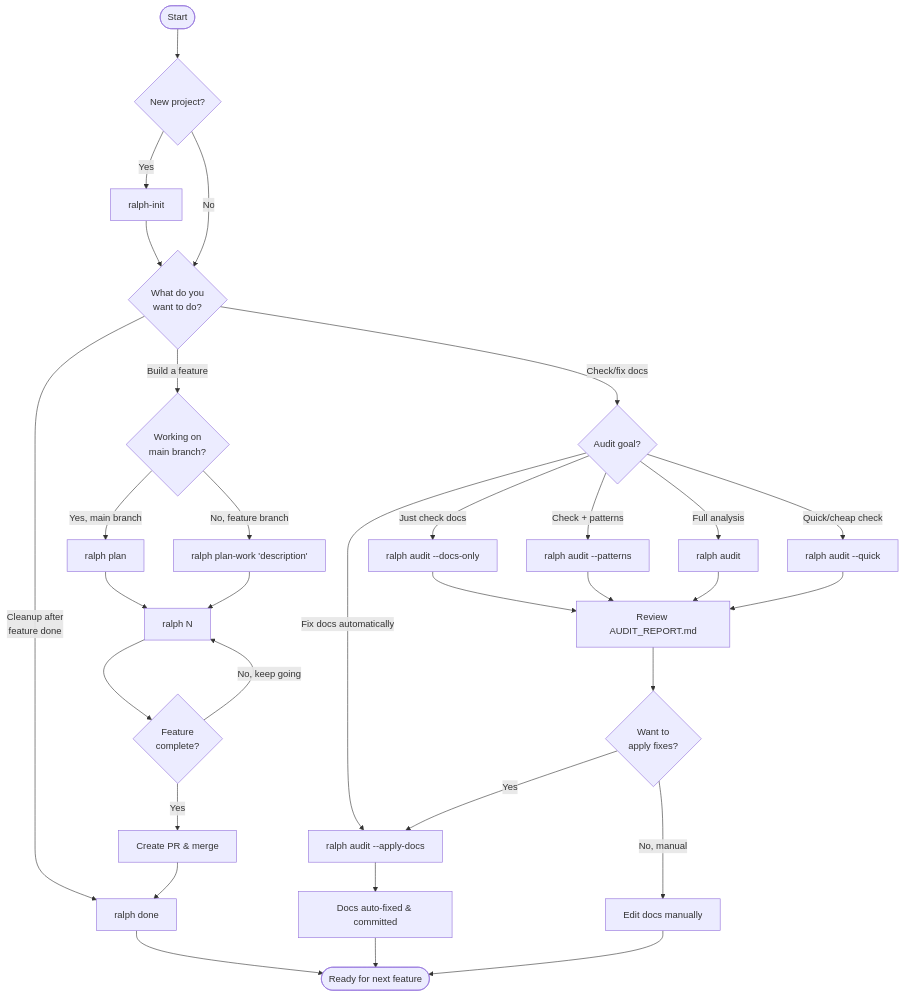
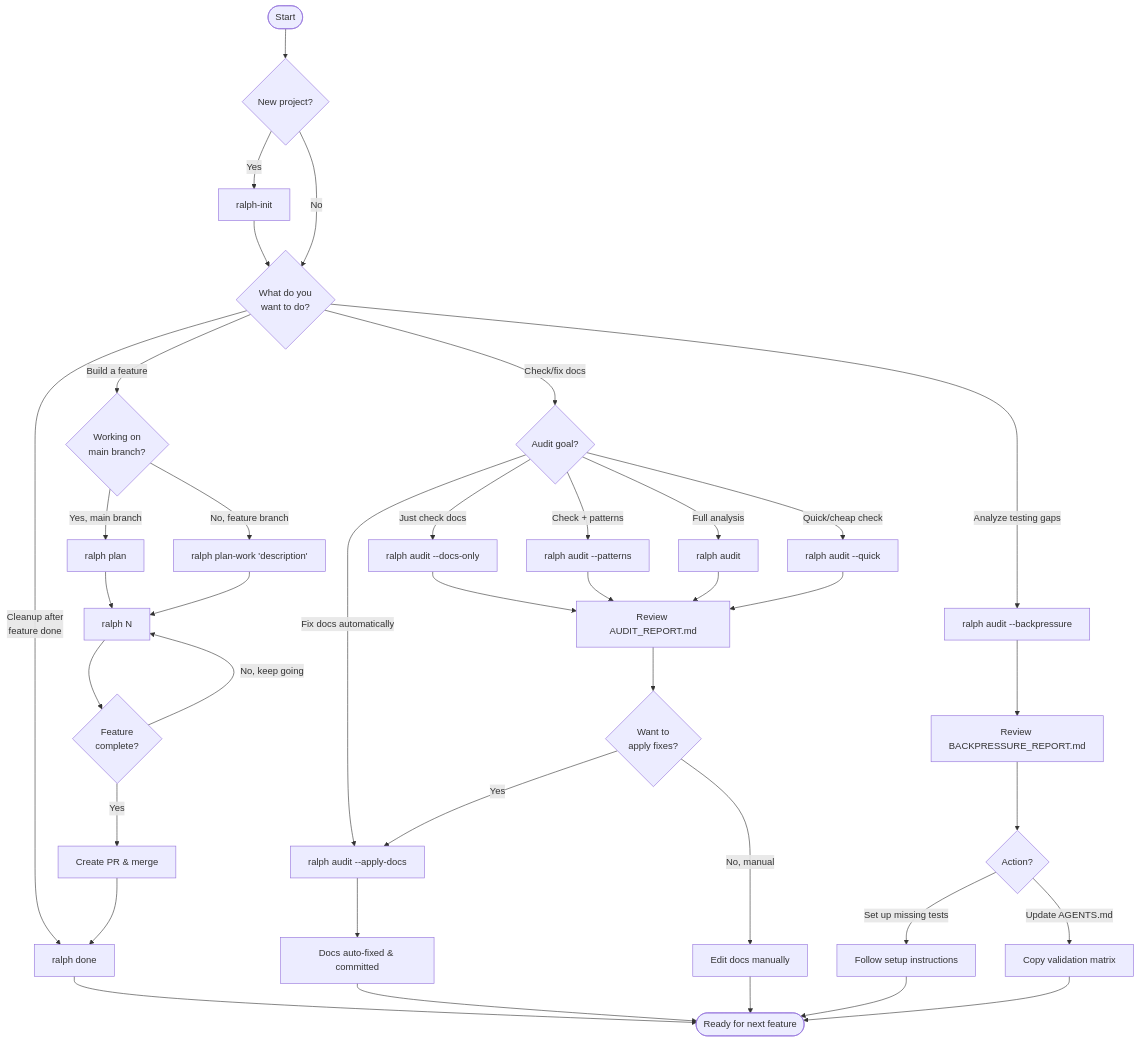
Before and after one commit to The-Red-Thread/ralph-v2: the diagram in docs/FLOWCHART.md, drawn with Mermaid. The commit also changed other lines of this file and 3 other files, not shown here.

First line of the commit message:
feat(audit): add --backpressure flag for testing gap analysis

````diff
--- a/docs/FLOWCHART.md
+++ b/docs/FLOWCHART.md
@@ -5,46 +5,55 @@
 ```mermaid
 flowchart TD
     START([Start]) --> Q1{New project?}
 
     Q1 -->|Yes| INIT[ralph-init]
     INIT --> Q2
 
     Q1 -->|No| Q2{What do you<br/>want to do?}
 
     Q2 -->|Build a feature| Q3{Working on<br/>main branch?}
     Q2 -->|Check/fix docs| AUDIT_PATH
+    Q2 -->|Analyze testing gaps| BACKPRESSURE[ralph audit --backpressure]
     Q2 -->|Cleanup after<br/>feature done| DONE[ralph done]
 
     Q3 -->|Yes, main branch| PLAN[ralph plan]
     Q3 -->|No, feature branch| PLANWORK[ralph plan-work 'description']
 
     PLAN --> BUILD[ralph N]
     PLANWORK --> BUILD
 
     BUILD --> Q4{Feature<br/>complete?}
     Q4 -->|No, keep going| BUILD
     Q4 -->|Yes| PR[Create PR & merge]
     PR --> DONE
 
     DONE --> END([Ready for next feature])
 
     %% Audit path
     AUDIT_PATH{Audit goal?}
     AUDIT_PATH -->|Just check docs| AUDIT_DOCS[ralph audit --docs-only]
     AUDIT_PATH -->|Check + patterns| AUDIT_PATTERNS[ralph audit --patterns]
     AUDIT_PATH -->|Full analysis| AUDIT_FULL[ralph audit]
     AUDIT_PATH -->|Fix docs automatically| AUDIT_APPLY[ralph audit --apply-docs]
     AUDIT_PATH -->|Quick/cheap check| AUDIT_QUICK[ralph audit --quick]
 
     AUDIT_DOCS --> REVIEW[Review AUDIT_REPORT.md]
     AUDIT_PATTERNS --> REVIEW
     AUDIT_FULL --> REVIEW
     AUDIT_QUICK --> REVIEW
     AUDIT_APPLY --> FIXED[Docs auto-fixed & committed]
 
     REVIEW --> Q5{Want to<br/>apply fixes?}
     Q5 -->|Yes| AUDIT_APPLY
     Q5 -->|No, manual| MANUAL[Edit docs manually]
     FIXED --> END
     MANUAL --> END
+
+    %% Backpressure path
+    BACKPRESSURE --> BP_REPORT[Review BACKPRESSURE_REPORT.md]
+    BP_REPORT --> BP_ACTION{Action?}
+    BP_ACTION -->|Set up missing tests| SETUP[Follow setup instructions]
+    BP_ACTION -->|Update AGENTS.md| UPDATE_AGENTS[Copy validation matrix]
+    SETUP --> END
+    UPDATE_AGENTS --> END
 ```
````
